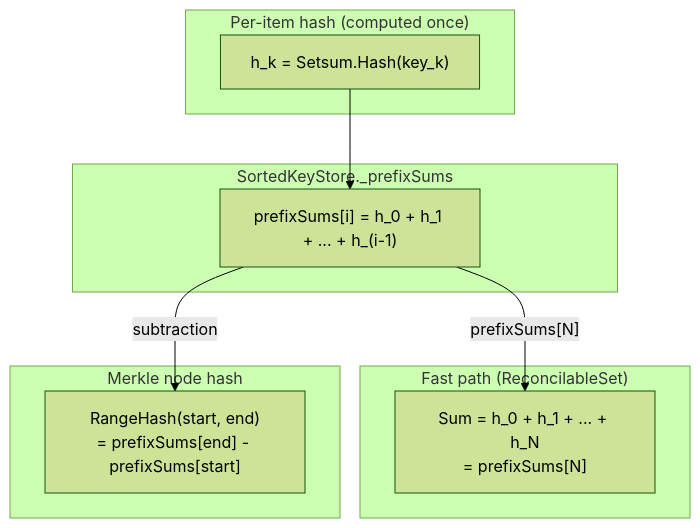
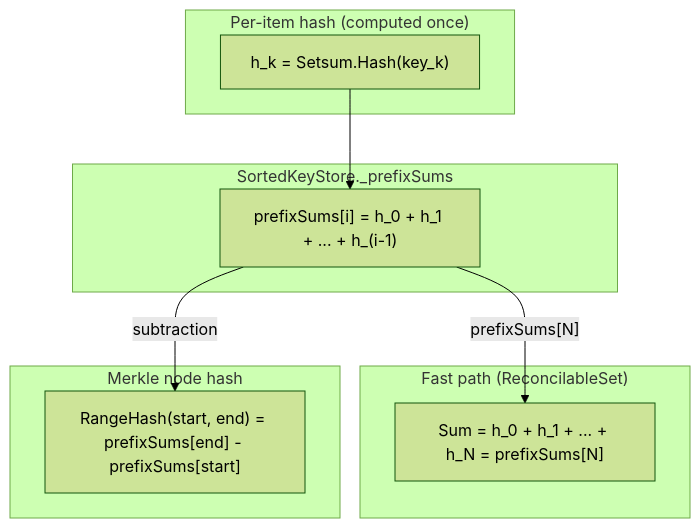
Before and after one commit to arj03/setsum-cs: the sixth of 7 diagrams in SetSum/Sync/README.md, drawn with Mermaid (forest theme). The commit also changed other lines of this file and 4 other files, not shown here.

````diff
--- a/SetSum/Sync/README.md
+++ b/SetSum/Sync/README.md
@@ -230,22 +173,22 @@
 ```mermaid
 graph TD
     subgraph "Per-item hash (computed once)"
         HK["h_k = Setsum.Hash(key_k)"]
     end
 
     subgraph "SortedKeyStore._prefixSums"
         PS["prefixSums[i] = h_0 + h_1 + ... + h_(i-1)"]
     end
 
     subgraph "Fast path (ReconcilableSet)"
-        GS["Sum = h_0 + h_1 + ... + h_N\n= prefixSums[N]"]
+        GS["Sum = h_0 + h_1 + ... + h_N = prefixSums[N]"]
     end
 
     subgraph "Merkle node hash"
-        MN["RangeHash(start, end)\n= prefixSums[end] - prefixSums[start]"]
+        MN["RangeHash(start, end) = prefixSums[end] - prefixSums[start]"]
     end
 
     HK --> PS
     PS -->|"prefixSums[N]"| GS
     PS -->|"subtraction"| MN
 ```
````
